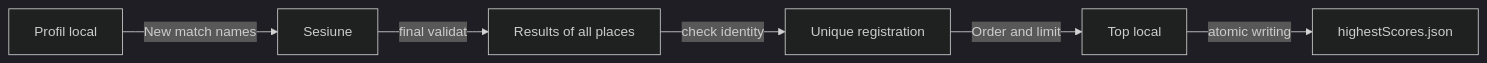
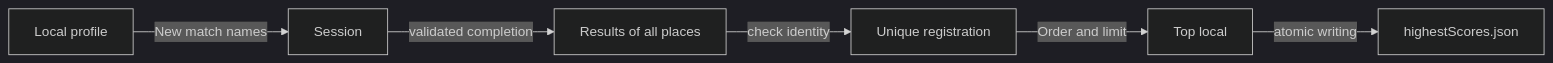
Before and after one commit to crististefanita/atf_j4: the diagram in docs/game/ATF_PlayerRecords.md, drawn with Mermaid (dark theme). The commit also changed other lines of this file and 126 other files, not shown here.

````diff
--- a/docs/game/ATF_PlayerRecords.md
+++ b/docs/game/ATF_PlayerRecords.md
@@ -9,8 +9,8 @@
 ```mermaid
 flowchart LR
-    PREF[Profil local] -->|New match names| GAME[Sesiune]
-    GAME -->|final validat| RECORD[Results of all places]
+    PREF[Local profile] -->|New match names| GAME[Session]
+    GAME -->|validated completion| RECORD[Results of all places]
     RECORD -->|check identity| ONCE[Unique registration]
     ONCE -->|Order and limit| TOP[Top local]
     TOP -->|atomic writing| FILE[highestScores.json]
 ```
````
